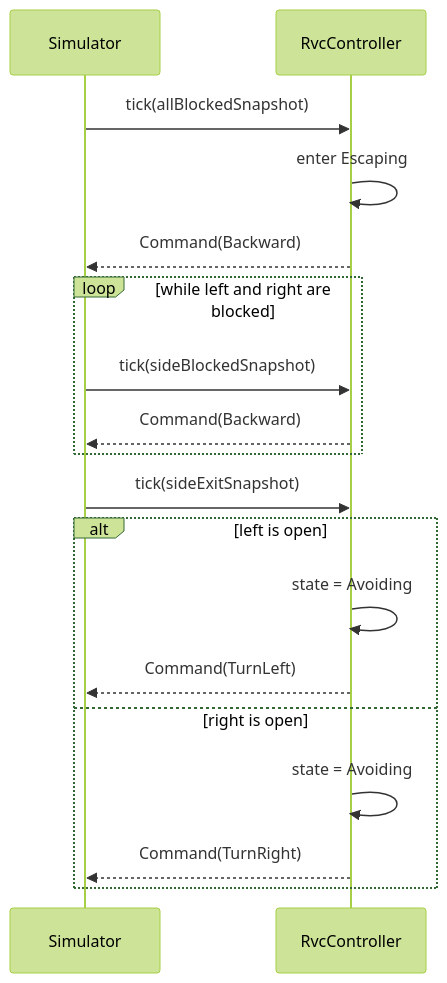
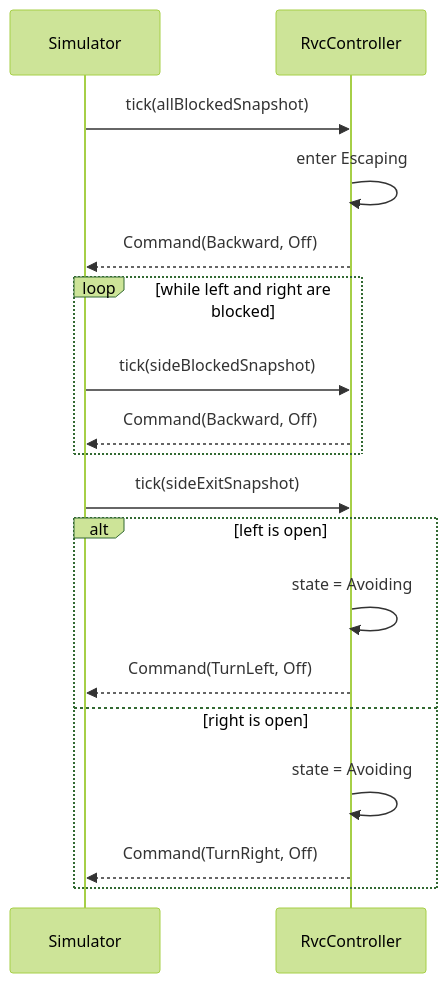
Before and after one commit to reload02/ooad-vibe: the fifth of 6 diagrams in docs/ood_sequence_diagrams.md, drawn with Mermaid (forest theme). The commit also changed other lines of this file and 6 other files, not shown here.

````diff
--- a/docs/ood_sequence_diagrams.md
+++ b/docs/ood_sequence_diagrams.md
@@ -84,21 +84,21 @@
 ```mermaid
 sequenceDiagram
     participant Simulator
     participant Controller as RvcController
 
     Simulator->>Controller: tick(allBlockedSnapshot)
     Controller->>Controller: enter Escaping
-    Controller-->>Simulator: Command(Backward)
+    Controller-->>Simulator: Command(Backward, Off)
     loop while left and right are blocked
         Simulator->>Controller: tick(sideBlockedSnapshot)
-        Controller-->>Simulator: Command(Backward)
+        Controller-->>Simulator: Command(Backward, Off)
     end
     Simulator->>Controller: tick(sideExitSnapshot)
     alt left is open
         Controller->>Controller: state = Avoiding
-        Controller-->>Simulator: Command(TurnLeft)
+        Controller-->>Simulator: Command(TurnLeft, Off)
     else right is open
         Controller->>Controller: state = Avoiding
-        Controller-->>Simulator: Command(TurnRight)
+        Controller-->>Simulator: Command(TurnRight, Off)
     end
 ```
````
